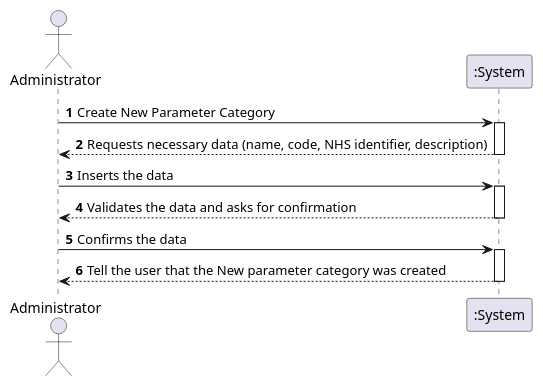
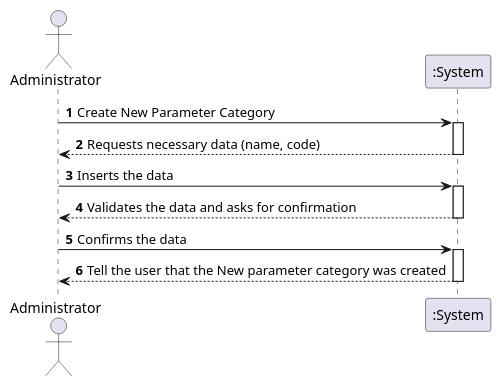
One commit to GuilhermeCunha79/lapr2 changed the diagram in docs/SprintB/US11/UC11_SSD.puml. Above: the diagram before and after it, drawn with PlantUML. The commit also changed 8 other files, not shown here.

Commit message:
[US-11] - commit introduces minor changes to the User Story 11 document and all related diagrams [US-10] - commit introduces minor changes to the User Story 10 document and all related diagrams

```diff
--- a/docs/SprintB/US11/UC11_SSD.puml
+++ b/docs/SprintB/US11/UC11_SSD.puml
@@ -1,24 +1,24 @@
 @startuml
 autonumber
 'hide footbox
 actor "Administrator" as ADMIN
 
 participant ":System" as SYSTEM
 
 ADMIN -> SYSTEM : Create New Parameter Category
 activate SYSTEM
-SYSTEM --> ADMIN : Requests necessary data (name, code, NHS identifier, description)
+SYSTEM --> ADMIN : Requests necessary data (name, code)
 deactivate SYSTEM
 
 ADMIN -> SYSTEM : Inserts the data
 activate SYSTEM
 SYSTEM --> ADMIN : Validates the data and asks for confirmation
 deactivate SYSTEM
 
 ADMIN -> SYSTEM : Confirms the data
 activate SYSTEM
 SYSTEM --> ADMIN : Tell the user that the New parameter category was created
 deactivate SYSTEM
 
 
 @enduml
```
